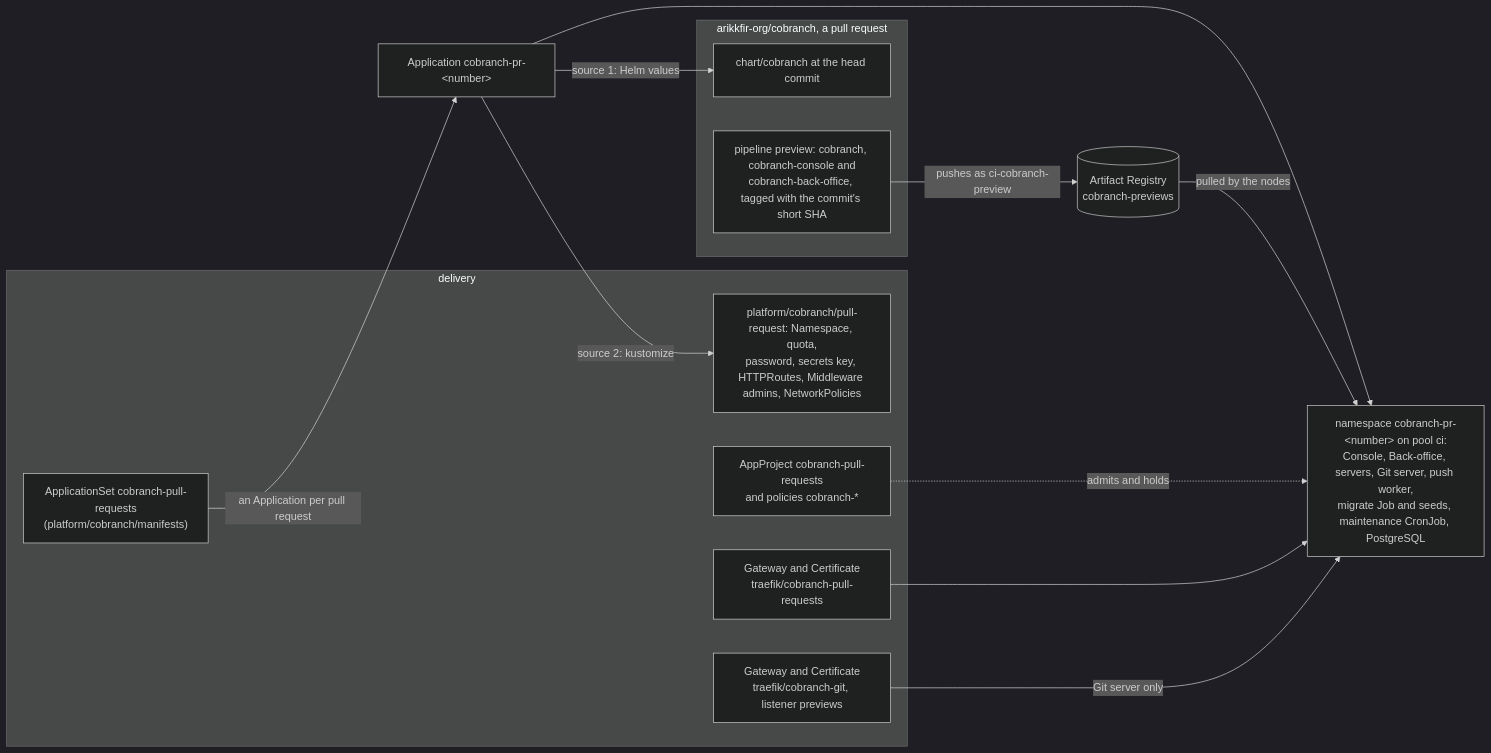
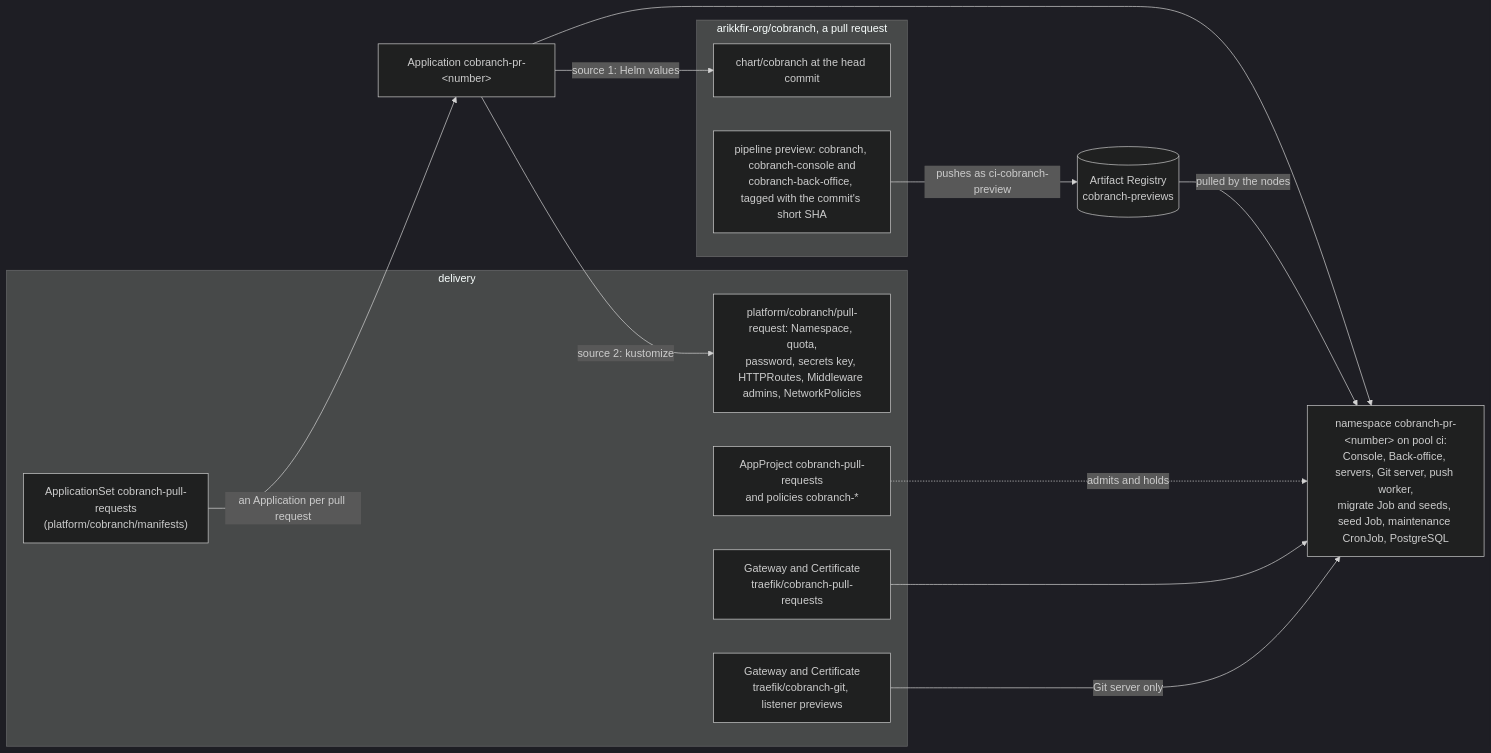
The first of 4 diagrams in docs/delivery/designs/cobranch-previews.md (arikkfir-org/delivery), drawn with Mermaid (dark theme) before and after one commit. The commit also changed other lines of this file and 1 other file, not shown here.

First line of the commit message:
feat(cobranch): admit a preview's seed Job to the servers it pushes through

````diff
--- a/docs/delivery/designs/cobranch-previews.md
+++ b/docs/delivery/designs/cobranch-previews.md
@@ -11,23 +11,23 @@
 ```mermaid
 flowchart LR
   subgraph cobranchrepo["arikkfir-org/cobranch, a pull request"]
     Chart["chart/cobranch at the head commit"]
     Preview["pipeline preview: cobranch, cobranch-console and<br/>cobranch-back-office, tagged with the commit's short SHA"]
   end
   subgraph delivery["delivery"]
     Set["ApplicationSet cobranch-pull-requests<br/>(platform/cobranch/manifests)"]
     Extras["platform/cobranch/pull-request: Namespace, quota,<br/>password, secrets key, HTTPRoutes, Middleware admins, NetworkPolicies"]
     Project["AppProject cobranch-pull-requests<br/>and policies cobranch-*"]
     GW["Gateway and Certificate<br/>traefik/cobranch-pull-requests"]
     GitGW["Gateway and Certificate<br/>traefik/cobranch-git, listener previews"]
   end
   Preview -- "pushes as ci-cobranch-preview" --> Reg[("Artifact Registry<br/>cobranch-previews")]
   Set -- "an Application per pull request" --> App["Application cobranch-pr-&lt;number&gt;"]
   App -- "source 1: Helm values" --> Chart
   App -- "source 2: kustomize" --> Extras
-  App --> NS["namespace cobranch-pr-&lt;number&gt; on pool ci:<br/>Console, Back-office, servers, Git server, push worker,<br/>migrate Job and seeds, maintenance CronJob, PostgreSQL"]
+  App --> NS["namespace cobranch-pr-&lt;number&gt; on pool ci:<br/>Console, Back-office, servers, Git server, push worker,<br/>migrate Job and seeds, seed Job, maintenance CronJob, PostgreSQL"]
   Reg -- "pulled by the nodes" --> NS
   Project -. "admits and holds" .-> NS
   GW --> NS
   GitGW -- "Git server only" --> NS
 ```
````
